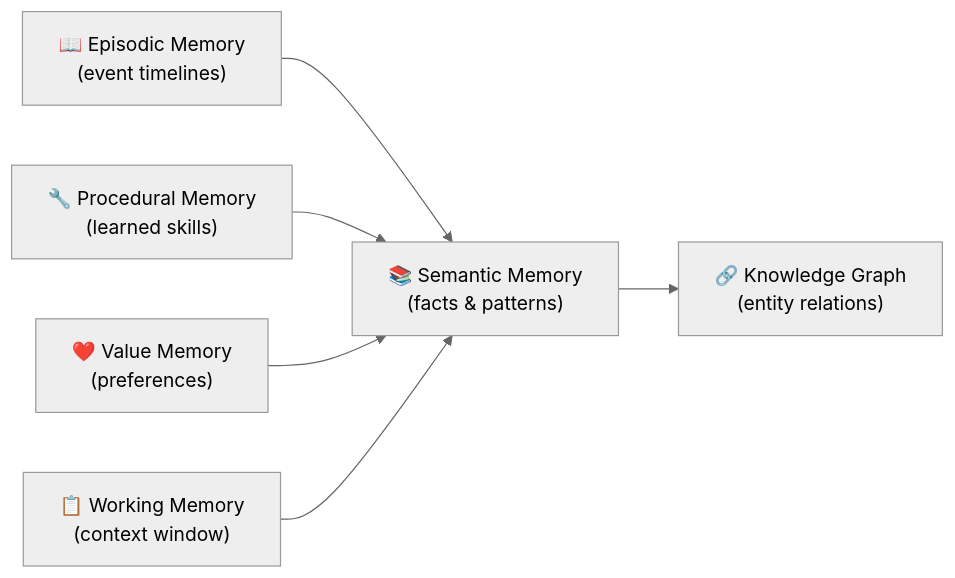
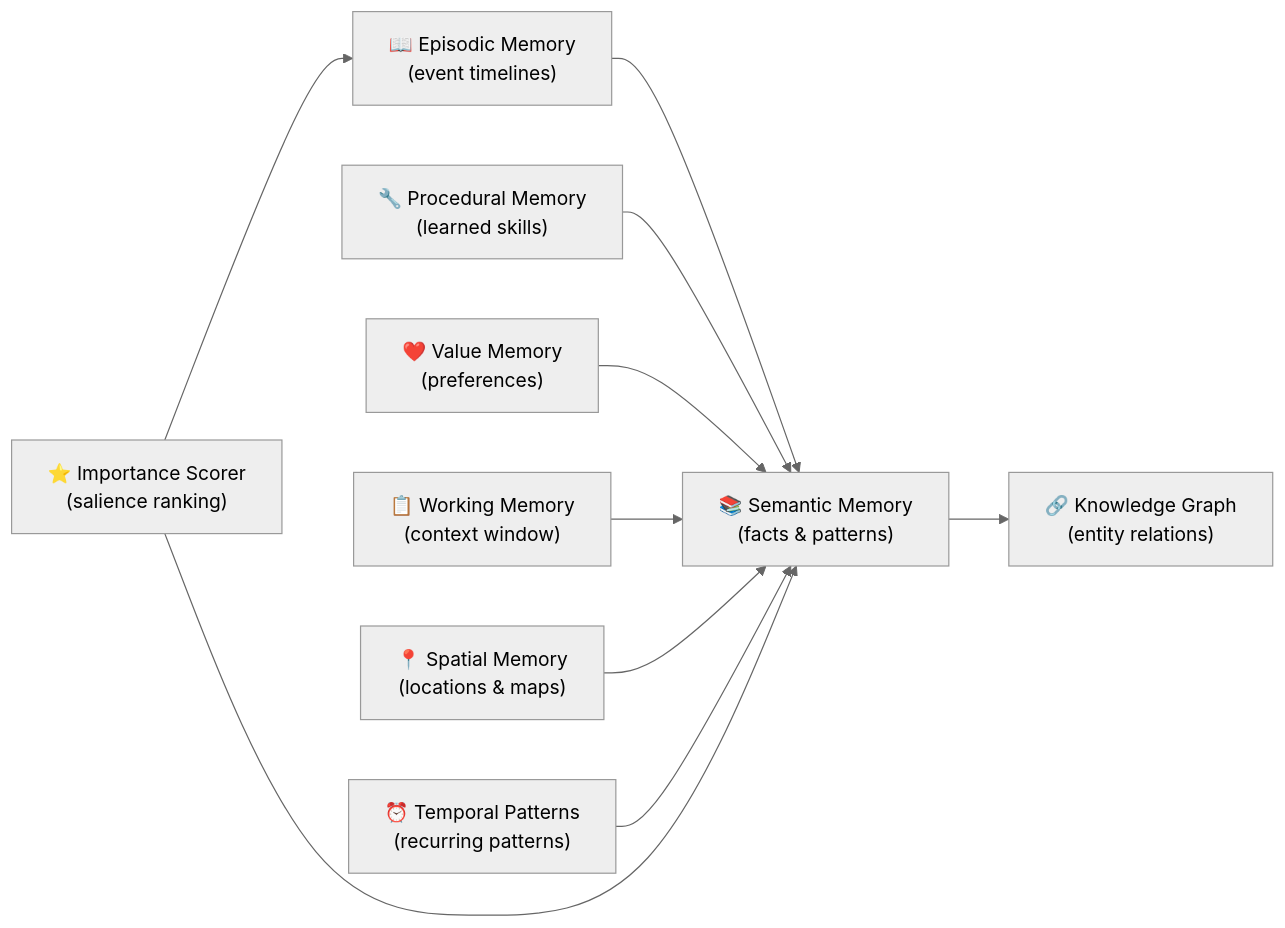
The diagram in docs/architecture/memory-systems.md (HBLLM/hbllm-core), drawn with Mermaid (neutral theme) before and after one commit. The commit also changed other lines of this file and 5 other files, not shown here.

````diff
--- a/docs/architecture/memory-systems.md
+++ b/docs/architecture/memory-systems.md
@@ -12,15 +12,22 @@
 ```mermaid
 graph LR
     EM["📖 Episodic Memory<br/>(event timelines)"]
     SM["📚 Semantic Memory<br/>(facts & patterns)"]
     PM["🔧 Procedural Memory<br/>(learned skills)"]
     VM["❤️ Value Memory<br/>(preferences)"]
     KG["🔗 Knowledge Graph<br/>(entity relations)"]
     WM["📋 Working Memory<br/>(context window)"]
+    SPM["📍 Spatial Memory<br/>(locations & maps)"]
+    TPM["⏰ Temporal Patterns<br/>(recurring patterns)"]
+    IS["⭐ Importance Scorer<br/>(salience ranking)"]
     
     EM --> SM
     SM --> KG
     PM --> SM
     VM --> SM
     WM --> SM
+    SPM --> SM
+    TPM --> SM
+    IS --> EM
+    IS --> SM
 ```
````
